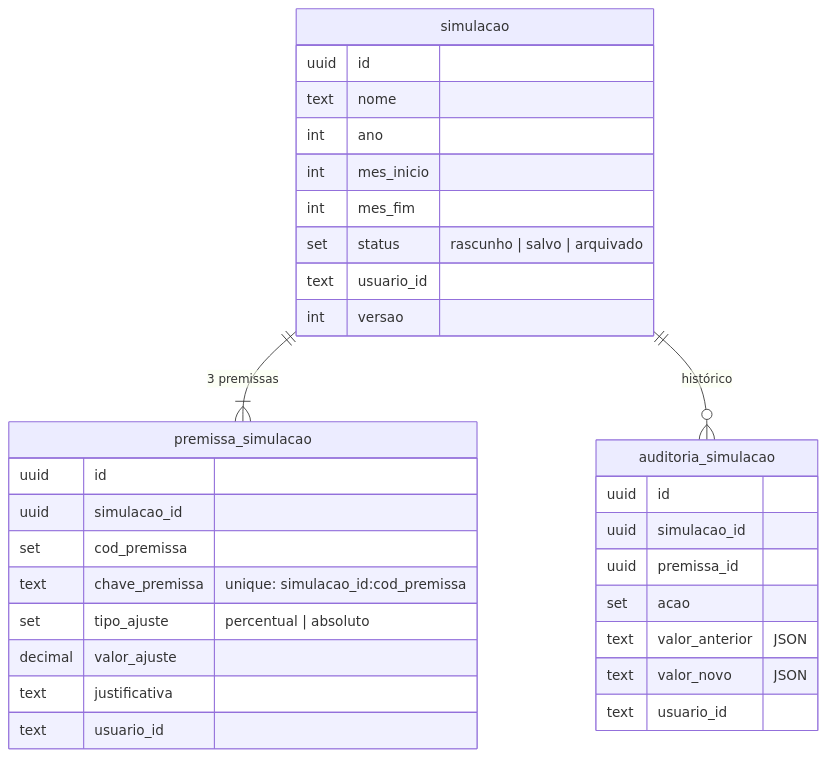
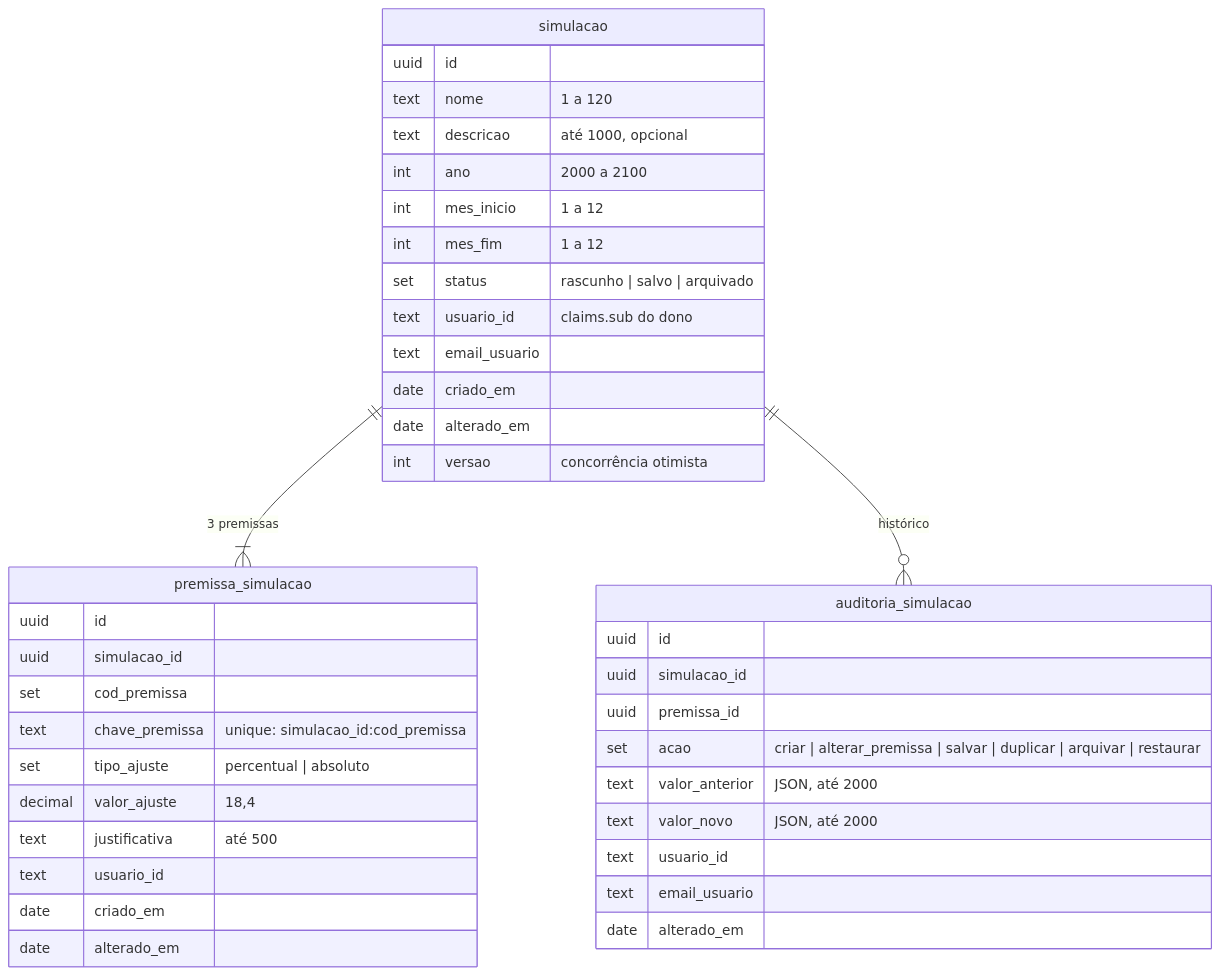
One commit to alisonpezzott/fabric-app-dre-sankey-write-back changed the third of 3 diagrams in docs/simulacao_write_back.md. Above: the diagram before and after it, drawn with Mermaid. The commit also changed other lines of this file, not shown here.

````diff
--- a/docs/simulacao_write_back.md
+++ b/docs/simulacao_write_back.md
@@ -69,34 +81,42 @@
 ```mermaid
 erDiagram
     simulacao ||--|{ premissa_simulacao : "3 premissas"
     simulacao ||--o{ auditoria_simulacao : "histórico"
     simulacao {
         uuid id
-        text nome
-        int ano
-        int mes_inicio
-        int mes_fim
+        text nome "1 a 120"
+        text descricao "até 1000, opcional"
+        int ano "2000 a 2100"
+        int mes_inicio "1 a 12"
+        int mes_fim "1 a 12"
         set status "rascunho | salvo | arquivado"
-        text usuario_id
-        int versao
+        text usuario_id "claims.sub do dono"
+        text email_usuario
+        date criado_em
+        date alterado_em
+        int versao "concorrência otimista"
     }
     premissa_simulacao {
         uuid id
         uuid simulacao_id
         set cod_premissa
         text chave_premissa "unique: simulacao_id:cod_premissa"
         set tipo_ajuste "percentual | absoluto"
-        decimal valor_ajuste
-        text justificativa
+        decimal valor_ajuste "18,4"
+        text justificativa "até 500"
         text usuario_id
+        date criado_em
+        date alterado_em
     }
     auditoria_simulacao {
         uuid id
         uuid simulacao_id
         uuid premissa_id
-        set acao
-        text valor_anterior "JSON"
-        text valor_novo "JSON"
+        set acao "criar | alterar_premissa | salvar | duplicar | arquivar | restaurar"
+        text valor_anterior "JSON, até 2000"
+        text valor_novo "JSON, até 2000"
         text usuario_id
+        text email_usuario
+        date alterado_em
     }
 ```
````
